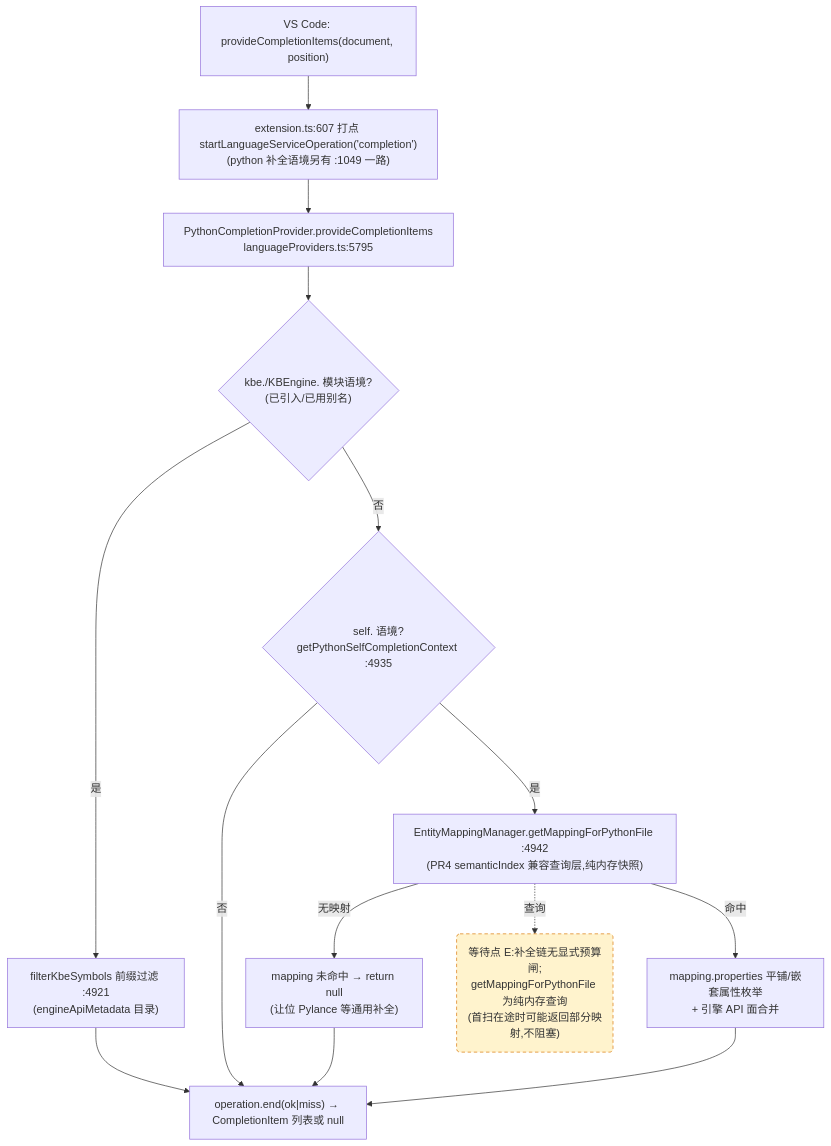
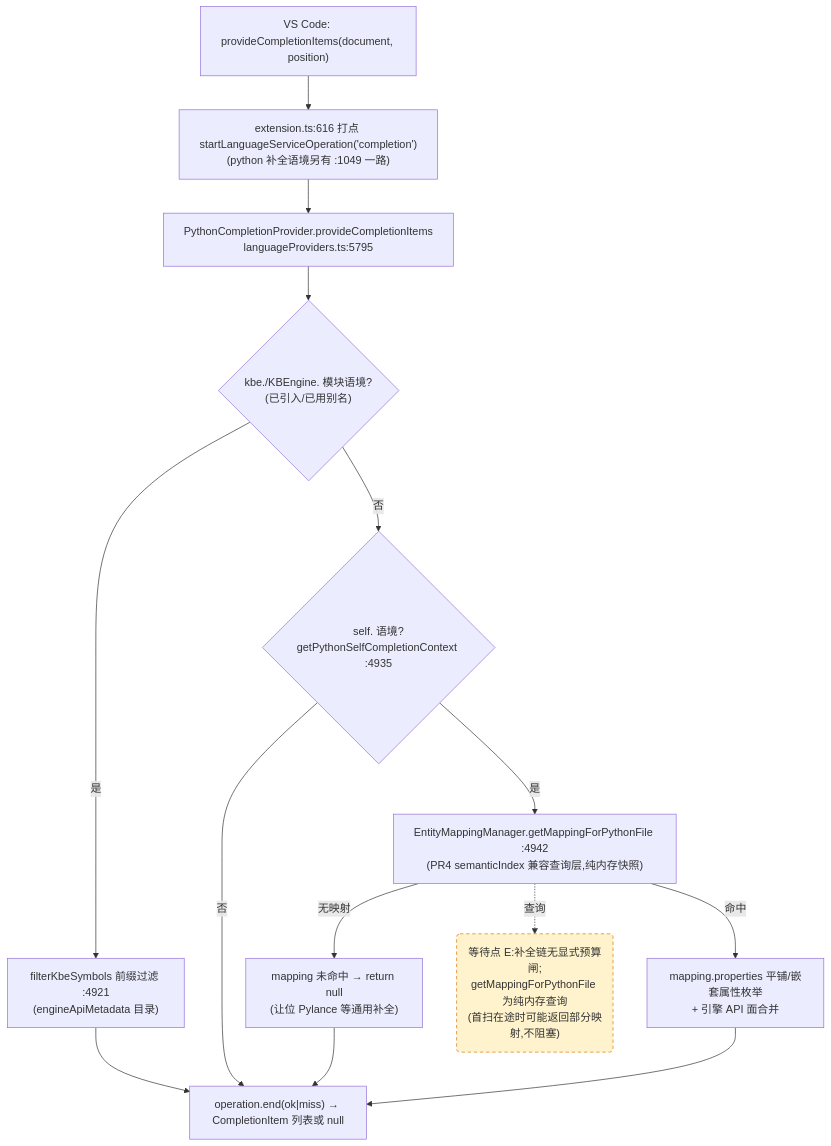
Before and after one commit to cuihairu/kode: the third of 4 diagrams in docs/perf/2026-baseline.md, drawn with Mermaid. The commit also changed other lines of this file and 22 other files, not shown here.

````diff
--- a/docs/perf/2026-baseline.md
+++ b/docs/perf/2026-baseline.md
@@ -184,27 +184,27 @@
 ```mermaid
 flowchart TD
   VC3["VS Code: provideCompletionItems(document, position)"]
-  M3["extension.ts:607 打点 startLanguageServiceOperation('completion')<br/>(python 补全语境另有 :1049 一路)"]
+  M3["extension.ts:616 打点 startLanguageServiceOperation('completion')<br/>(python 补全语境另有 :1049 一路)"]
   CP["PythonCompletionProvider.provideCompletionItems<br/>languageProviders.ts:5795"]
   KBEC{"kbe./KBEngine. 模块语境?<br/>(已引入/已用别名)"}
   FILTER["filterKbeSymbols 前缀过滤 :4921<br/>(engineApiMetadata 目录)"]
   SELFC{"self. 语境?<br/>getPythonSelfCompletionContext :4935"}
   MAP["EntityMappingManager.getMappingForPythonFile :4942<br/>(PR4 semanticIndex 兼容查询层,纯内存快照)"]
   NOMAP["mapping 未命中 → return null<br/>(让位 Pylance 等通用补全)"]
   PROPS["mapping.properties 平铺/嵌套属性枚举<br/>+ 引擎 API 面合并"]
   END3["operation.end(ok|miss) → CompletionItem 列表或 null"]
 
   VC3 --> M3 --> CP --> KBEC
   KBEC -- "是" --> FILTER --> END3
   KBEC -- "否" --> SELFC
   SELFC -- "否" --> END3
   SELFC -- "是" --> MAP
   MAP -- "无映射" --> NOMAP --> END3
   MAP -- "命中" --> PROPS --> END3
 
   WAITE("等待点 E:补全链无显式预算闸;<br/>getMappingForPythonFile 为纯内存查询<br/>(首扫在途时可能返回部分映射,不阻塞)")
   MAP -.->|查询| WAITE
 
   classDef waitPoint fill:#fff3cd,stroke:#d97706,stroke-dasharray:5 4;
   class WAITE waitPoint;
 ```
````
